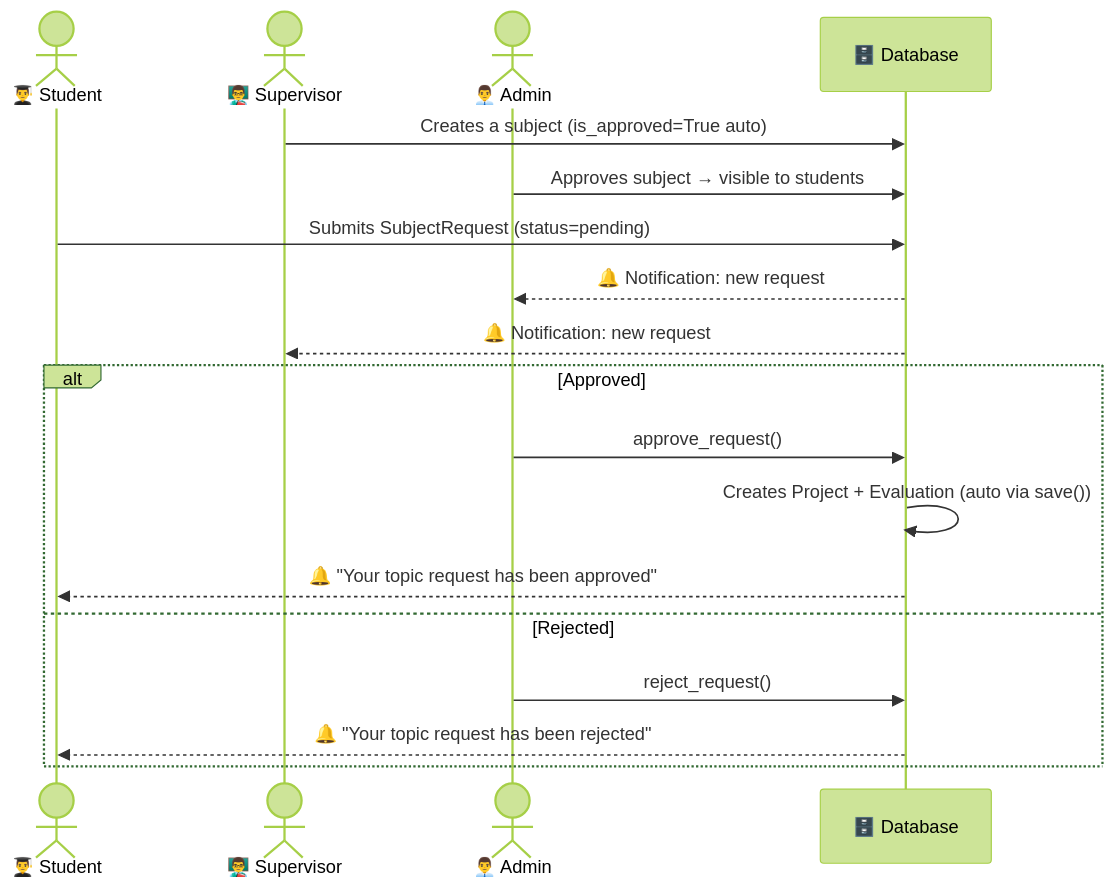
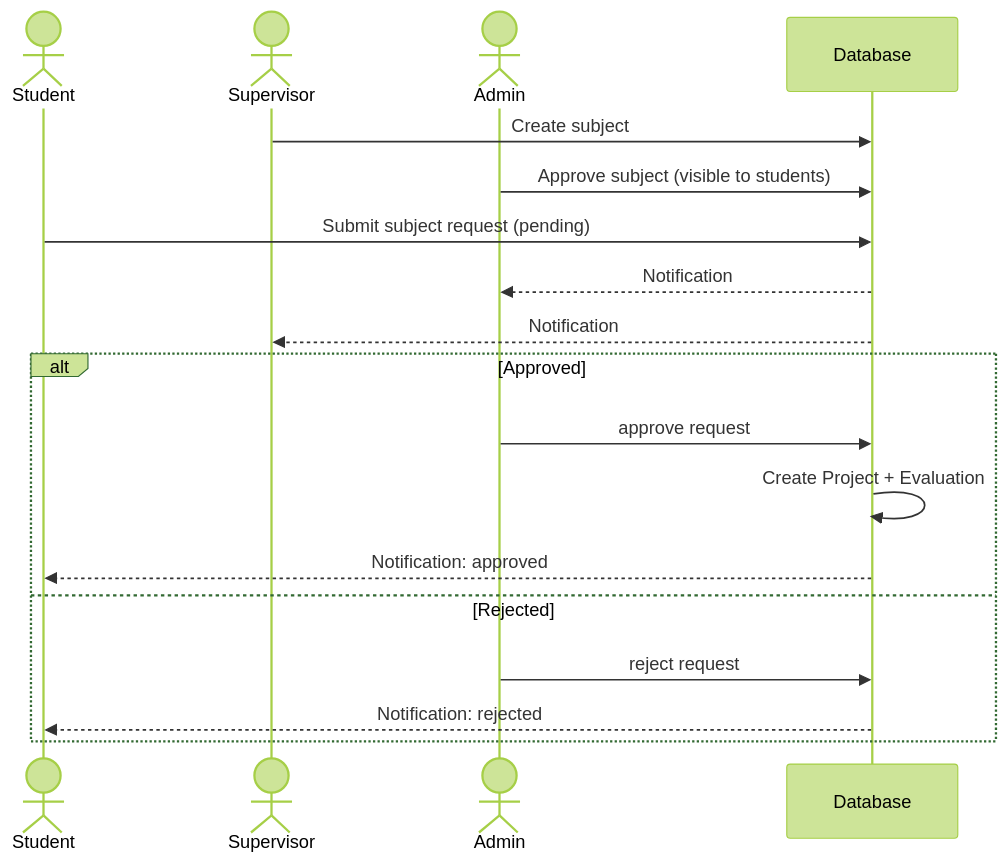
The third of 4 diagrams in README.md (Lagmouchyoussef/PFE-Navigator), drawn with Mermaid (forest theme) before and after one commit. The commit also changed other lines of this file and 1 other file, not shown here.

````diff
--- a/README.md
+++ b/README.md
@@ -343,22 +287,22 @@
 ```mermaid
 sequenceDiagram
-    actor S as 👨‍🎓 Student
-    actor SV as 👨‍🏫 Supervisor
-    actor A as 👨‍💼 Admin
-    participant DB as 🗄️ Database
+    actor S as Student
+    actor SV as Supervisor
+    actor A as Admin
+    participant DB as Database
 
-    SV->>DB: Creates a subject (is_approved=True auto)
-    A->>DB: Approves subject → visible to students
-    S->>DB: Submits SubjectRequest (status=pending)
-    DB-->>A: 🔔 Notification: new request
-    DB-->>SV: 🔔 Notification: new request
+    SV->>DB: Create subject
+    A->>DB: Approve subject (visible to students)
+    S->>DB: Submit subject request (pending)
+    DB-->>A: Notification
+    DB-->>SV: Notification
 
     alt Approved
-        A->>DB: approve_request()
-        DB->>DB: Creates Project + Evaluation (auto via save())
-        DB-->>S: 🔔 "Your topic request has been approved"
+        A->>DB: approve request
+        DB->>DB: Create Project + Evaluation
+        DB-->>S: Notification: approved
     else Rejected
-        A->>DB: reject_request()
-        DB-->>S: 🔔 "Your topic request has been rejected"
+        A->>DB: reject request
+        DB-->>S: Notification: rejected
     end
 ```
````
